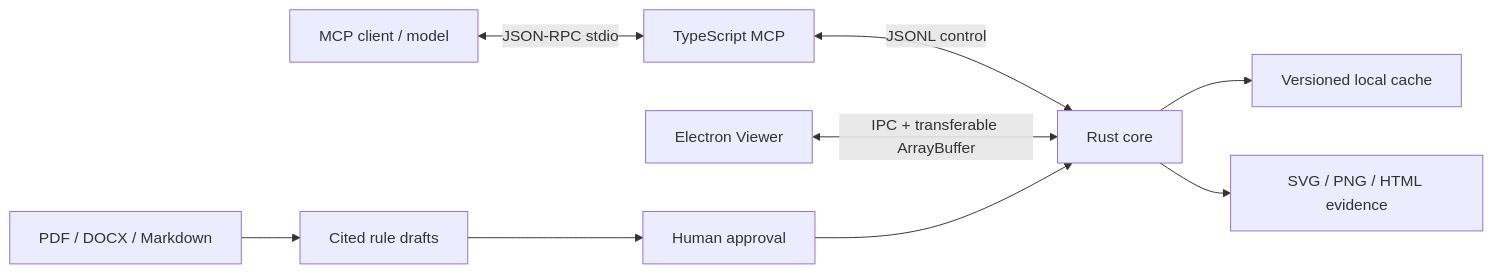
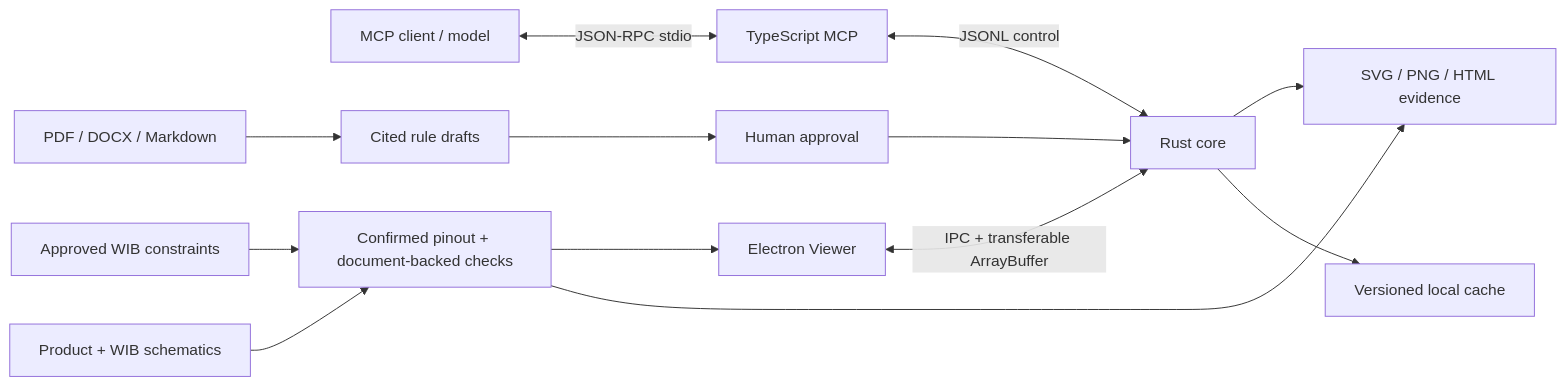
Before and after one commit to EurekaRaider/CircuitInspector: the diagram in README.md, drawn with Mermaid. The commit also changed other lines of this file and 16 other files, not shown here.

````diff
--- a/README.md
+++ b/README.md
@@ -244,11 +254,15 @@
 ```mermaid
 flowchart LR
   Client["MCP client / model"] <-->|"JSON-RPC stdio"| MCP["TypeScript MCP"]
   MCP <-->|"JSONL control"| Core["Rust core"]
   Viewer["Electron Viewer"] <-->|"IPC + transferable ArrayBuffer"| Core
   Core --> Cache["Versioned local cache"]
   Core --> Evidence["SVG / PNG / HTML evidence"]
+  Schematics["Product + WIB schematics"] --> DocAnalysis["Confirmed pinout + document-backed checks"]
+  Constraints["Approved WIB constraints"] --> DocAnalysis
+  DocAnalysis --> Evidence
+  DocAnalysis --> Viewer
   Specs["PDF / DOCX / Markdown"] --> Draft["Cited rule drafts"]
   Draft --> Approval["Human approval"]
   Approval --> Core
 ```
````
